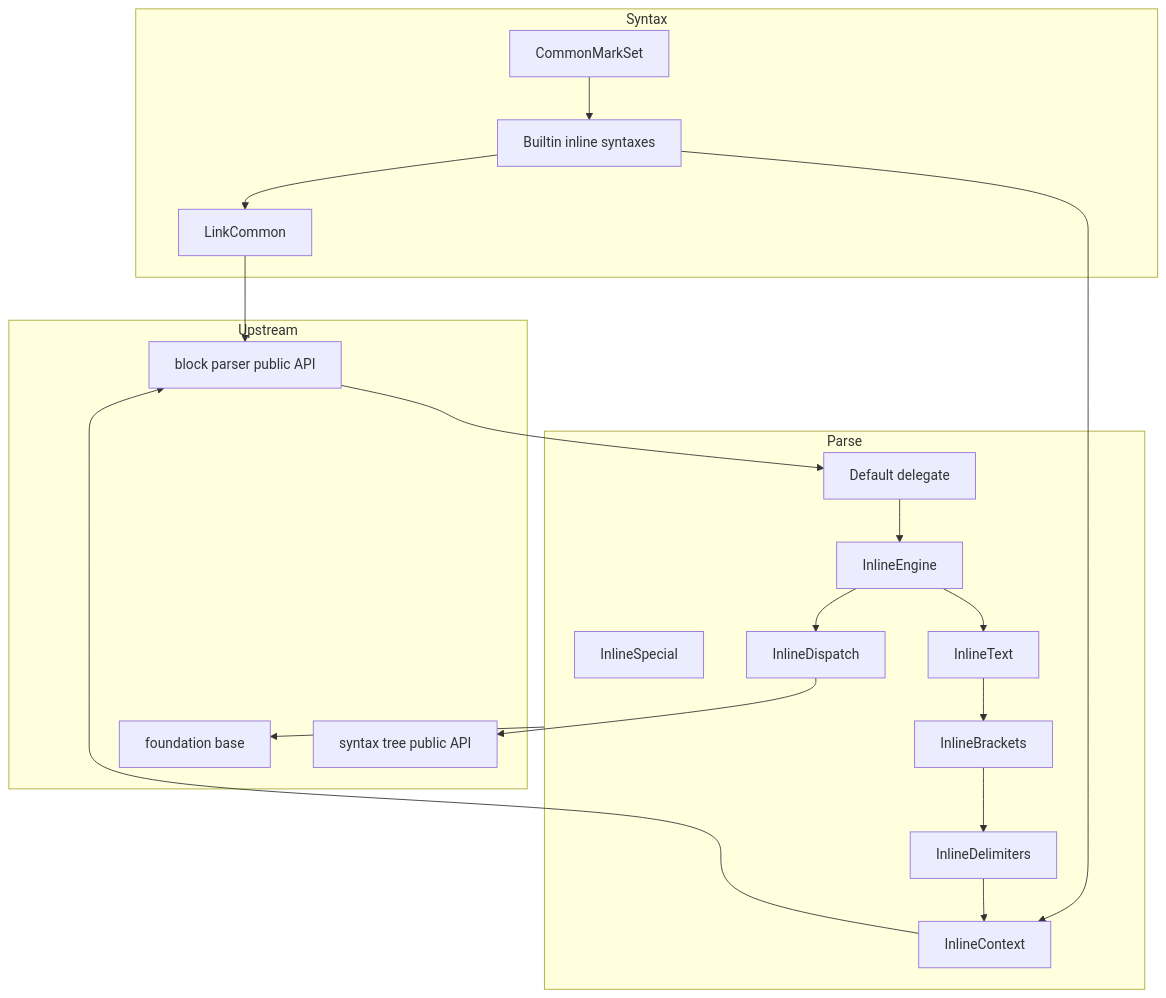
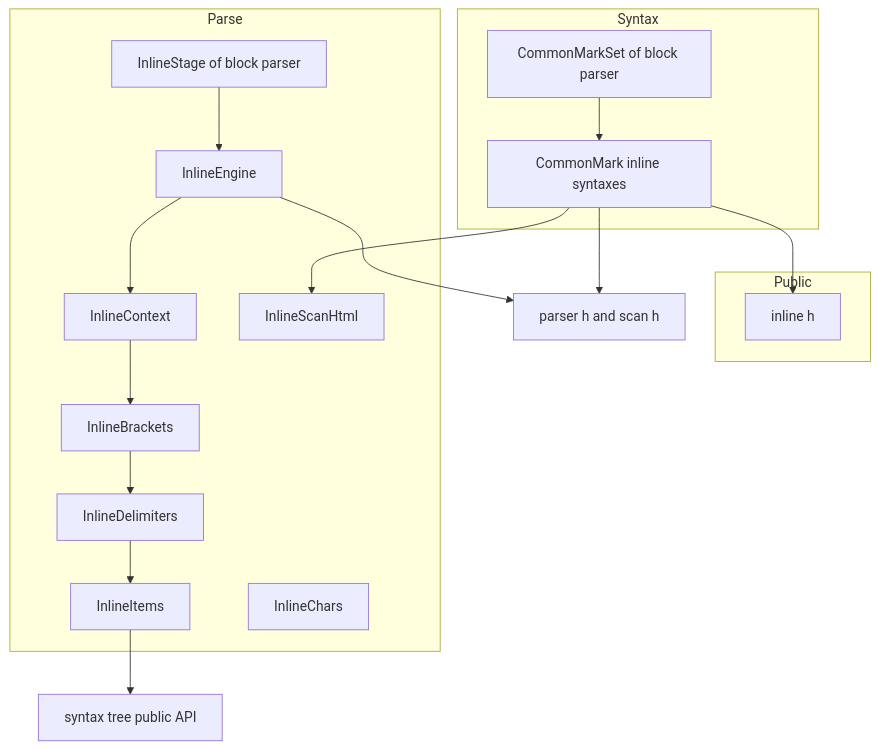
Before and after one commit to ktdevx/amark-private2: the first of 4 diagrams in .kiro/specs/inline-parser/design.md, drawn with Mermaid. The commit also changed other lines of this file and 4 other files, not shown here.

First line of the commit message:
docs(inline-parser): 新しい構文木のモデルで spec を作り直す

````diff
--- a/.kiro/specs/inline-parser/design.md
+++ b/.kiro/specs/inline-parser/design.md
@@ -85,37 +65,33 @@
 ```mermaid
 graph TB
-    subgraph Upstream
-        ST[syntax tree public API]
-        BP[block parser public API]
-        RT[foundation base]
+    subgraph Public
+        InlineH[inline h]
     end
     subgraph Parse
-        Special[InlineSpecial]
-        Dispatch[InlineDispatch]
-        Ctx[InlineContext]
+        Engine[InlineEngine]
+        Context[InlineContext]
+        Brackets[InlineBrackets]
         Delims[InlineDelimiters]
-        Brackets[InlineBrackets]
-        Text[InlineText]
-        Engine[InlineEngine]
-        Default[Default delegate]
+        Items[InlineItems]
+        Chars[InlineChars]
+        ScanHtml[InlineScanHtml]
+        Stage[InlineStage of block parser]
     end
     subgraph Syntax
-        Builtins[Builtin inline syntaxes]
-        LinkCommon[LinkCommon]
-        CMSet[CommonMarkSet]
+        Builtins[CommonMark inline syntaxes]
+        CmSet[CommonMarkSet of block parser]
     end
-    Dispatch --> ST
-    Ctx --> BP
-    Delims --> Ctx
+    Tree[syntax tree public API]
+    BlockApi[parser h and scan h]
+    Stage --> Engine
+    Engine --> Context
+    Context --> Brackets
     Brackets --> Delims
-    Text --> Brackets
-    Engine --> Text
-    Engine --> Dispatch
-    Default --> Engine
-    BP --> Default
-    Builtins --> Ctx
-    Builtins --> LinkCommon
-    LinkCommon --> BP
-    CMSet --> Builtins
-    Parse --> RT
+    Delims --> Items
+    Items --> Tree
+    Engine --> BlockApi
+    Builtins --> InlineH
+    Builtins --> BlockApi
+    Builtins --> ScanHtml
+    CmSet --> Builtins
 ```
````
